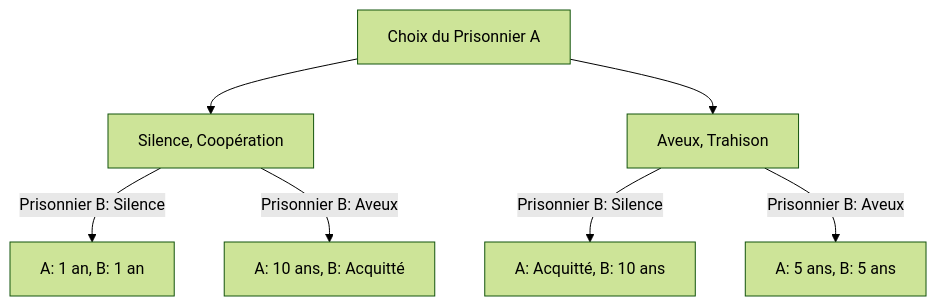
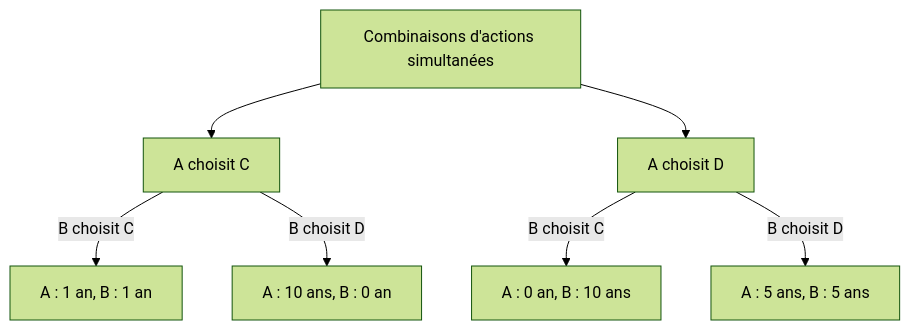
One commit to kenjinote/blog changed the first of 2 diagrams in content/post/paradox-prisoners-dilemma/index.fr.md. Above: the diagram before and after it, drawn with Mermaid (forest theme). The commit also changed other lines of this file and 9 other files, not shown here.

````diff
--- a/content/post/paradox-prisoners-dilemma/index.fr.md
+++ b/content/post/paradox-prisoners-dilemma/index.fr.md
@@ -38,12 +35,9 @@
 ```mermaid
 graph TD
-    A["Choix du Prisonnier A"]
-    B["Silence, Coopération"]
-    C["Aveux, Trahison"]
-    A --> B
-    A --> C
-    B -- "Prisonnier B: Silence" --> D["A: 1 an, B: 1 an"]
-    B -- "Prisonnier B: Aveux" --> E["A: 10 ans, B: Acquitté"]
-    C -- "Prisonnier B: Silence" --> F["A: Acquitté, B: 10 ans"]
-    C -- "Prisonnier B: Aveux" --> G["A: 5 ans, B: 5 ans"]
+    Start["Combinaisons d'actions simultanées"] --> AC["A choisit C"]
+    Start --> AD["A choisit D"]
+    AC -->|"B choisit C"| CC["A : 1 an, B : 1 an"]
+    AC -->|"B choisit D"| CD["A : 10 ans, B : 0 an"]
+    AD -->|"B choisit C"| DC["A : 0 an, B : 10 ans"]
+    AD -->|"B choisit D"| DD["A : 5 ans, B : 5 ans"]
 ```
````
